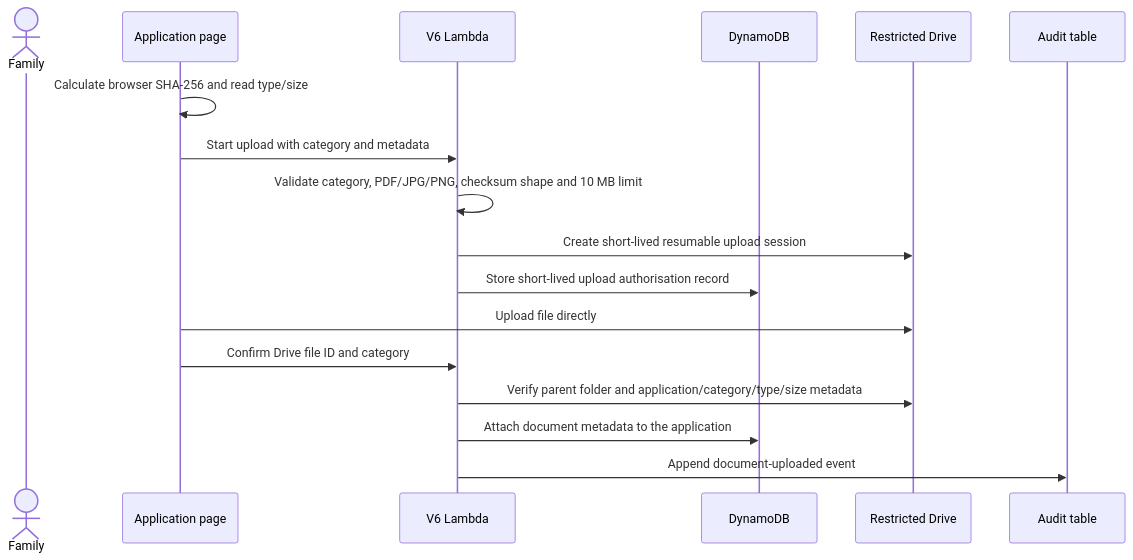
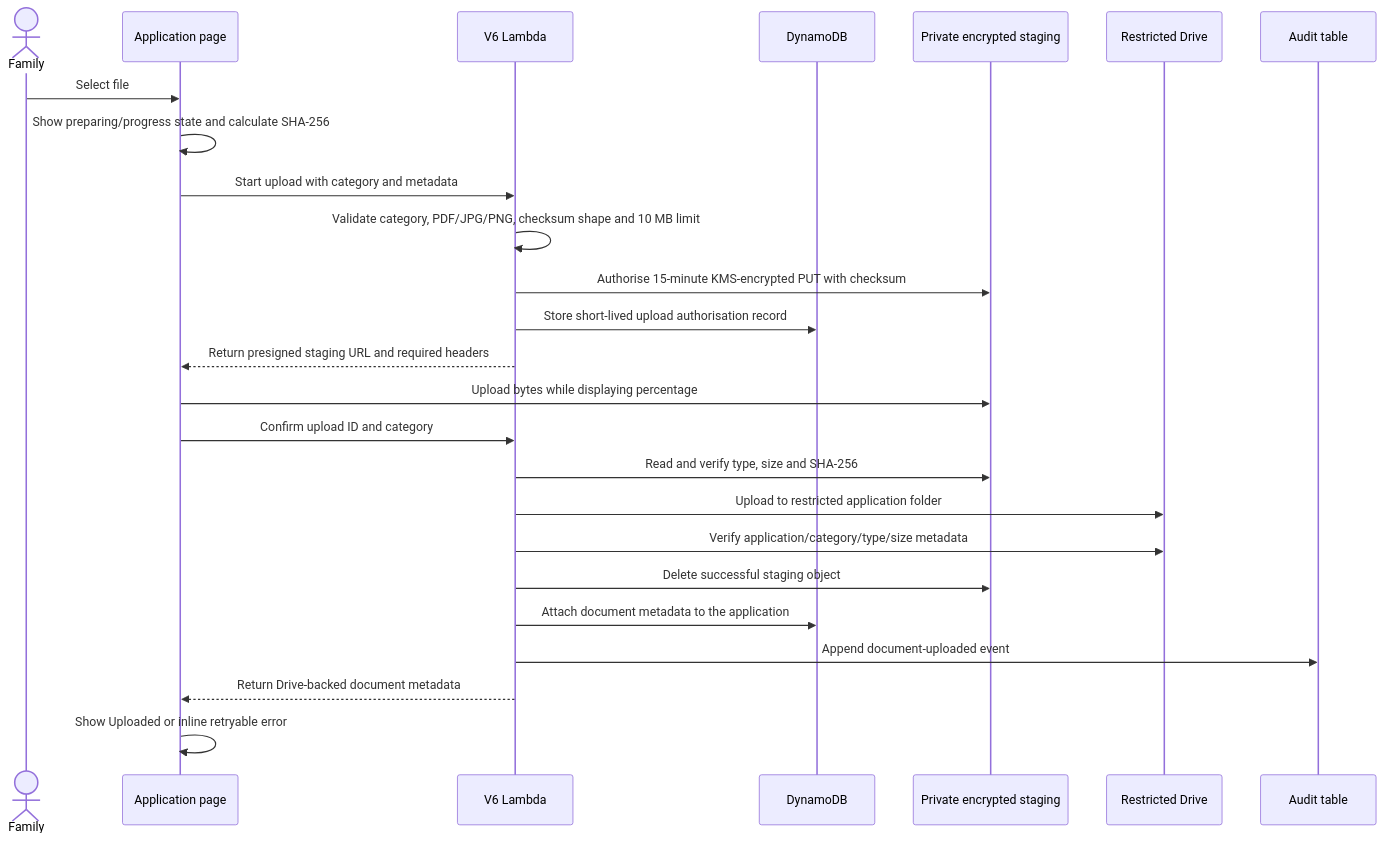
One commit to Martin-Reinoso/independentschoolwest changed the eighth of 13 diagrams in Rosewood enrolment/v6/DATA-PROCESS-MAP.md. Above: the diagram before and after it, drawn with Mermaid. The commit also changed other lines of this file and 22 other files, not shown here.

````diff
--- a/Rosewood enrolment/v6/DATA-PROCESS-MAP.md
+++ b/Rosewood enrolment/v6/DATA-PROCESS-MAP.md
@@ -434,20 +440,28 @@
 ```mermaid
 sequenceDiagram
     actor Family
     participant Page as Application page
     participant API as V6 Lambda
     participant DB as DynamoDB
+    participant S3 as Private encrypted staging
     participant Drive as Restricted Drive
     participant Audit as Audit table
 
-    Page->>Page: Calculate browser SHA-256 and read type/size
+    Family->>Page: Select file
+    Page->>Page: Show preparing/progress state and calculate SHA-256
     Page->>API: Start upload with category and metadata
     API->>API: Validate category, PDF/JPG/PNG, checksum shape and 10 MB limit
-    API->>Drive: Create short-lived resumable upload session
+    API->>S3: Authorise 15-minute KMS-encrypted PUT with checksum
     API->>DB: Store short-lived upload authorisation record
-    Page->>Drive: Upload file directly
-    Page->>API: Confirm Drive file ID and category
-    API->>Drive: Verify parent folder and application/category/type/size metadata
+    API-->>Page: Return presigned staging URL and required headers
+    Page->>S3: Upload bytes while displaying percentage
+    Page->>API: Confirm upload ID and category
+    API->>S3: Read and verify type, size and SHA-256
+    API->>Drive: Upload to restricted application folder
+    API->>Drive: Verify application/category/type/size metadata
+    API->>S3: Delete successful staging object
     API->>DB: Attach document metadata to the application
     API->>Audit: Append document-uploaded event
+    API-->>Page: Return Drive-backed document metadata
+    Page->>Page: Show Uploaded or inline retryable error
 ```
````
